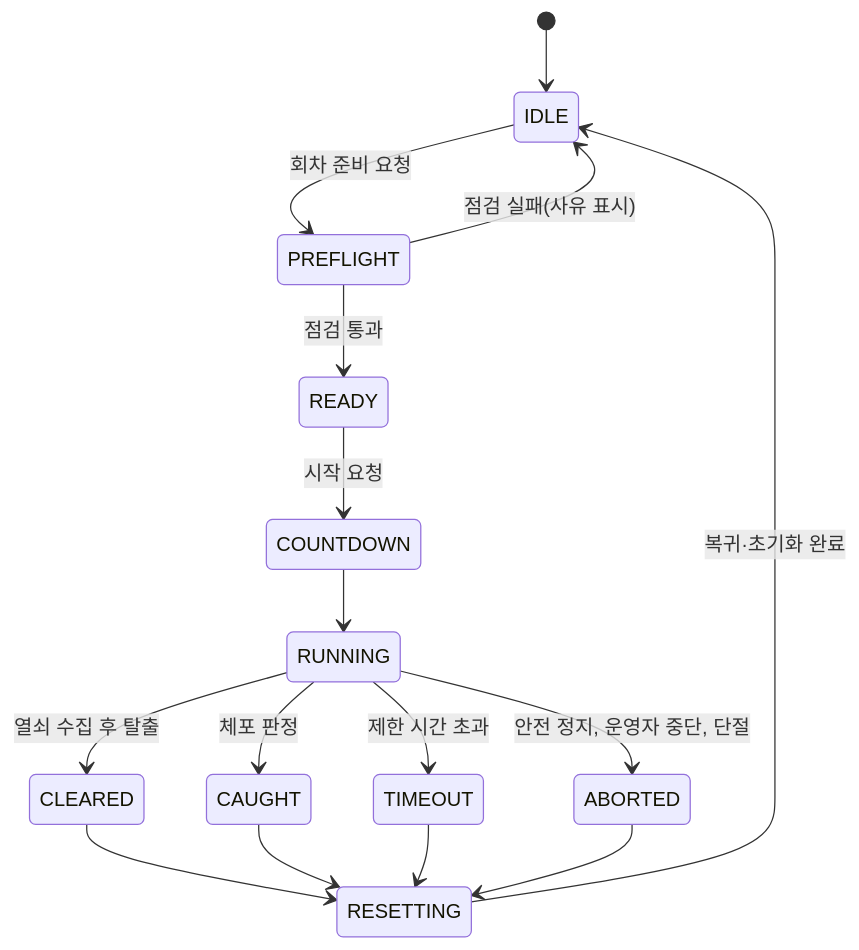
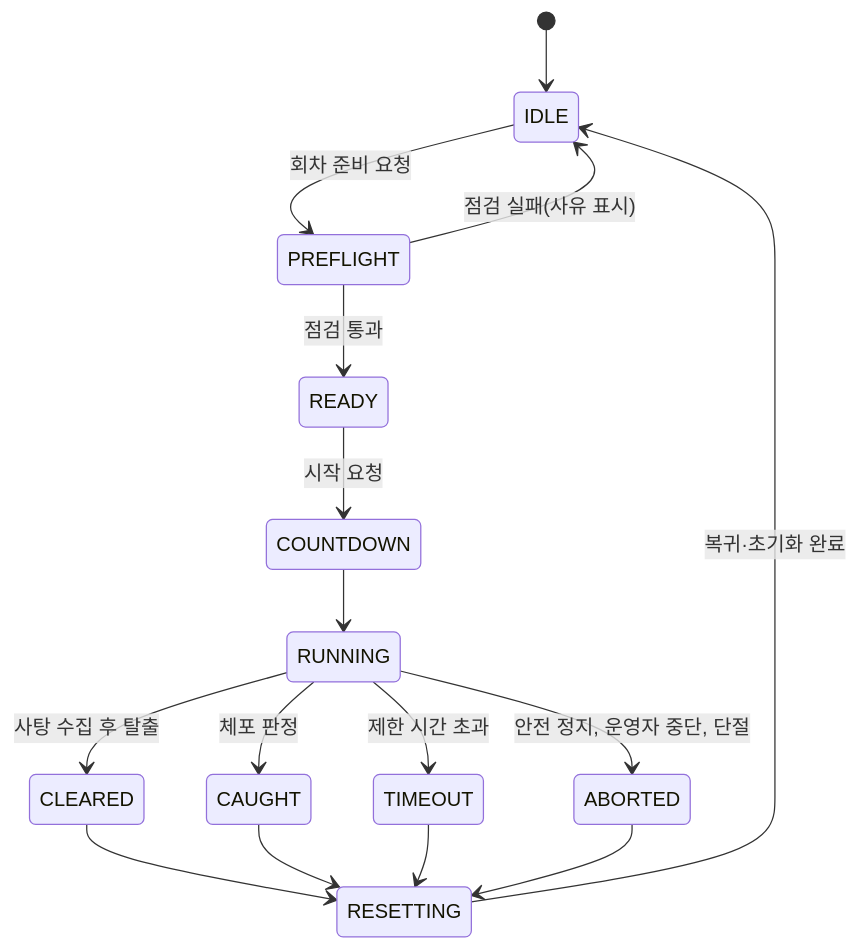
The fifth of 5 diagrams in docs/project/sdd.md (shbong06-sketch/Trick_or_Bot), drawn with Mermaid before and after one commit. The commit also changed other lines of this file, not shown here.

````diff
--- a/docs/project/sdd.md
+++ b/docs/project/sdd.md
@@ -266,18 +266,18 @@
 ```mermaid
 stateDiagram-v2
     [*] --> IDLE
     IDLE --> PREFLIGHT: 회차 준비 요청
     PREFLIGHT --> IDLE: 점검 실패(사유 표시)
     PREFLIGHT --> READY: 점검 통과
     READY --> COUNTDOWN: 시작 요청
     COUNTDOWN --> RUNNING
-    RUNNING --> CLEARED: 열쇠 수집 후 탈출
+    RUNNING --> CLEARED: 사탕 수집 후 탈출
     RUNNING --> CAUGHT: 체포 판정
     RUNNING --> TIMEOUT: 제한 시간 초과
     RUNNING --> ABORTED: 안전 정지, 운영자 중단, 단절
     CLEARED --> RESETTING
     CAUGHT --> RESETTING
     TIMEOUT --> RESETTING
     ABORTED --> RESETTING
     RESETTING --> IDLE: 복귀·초기화 완료
 ```
````
